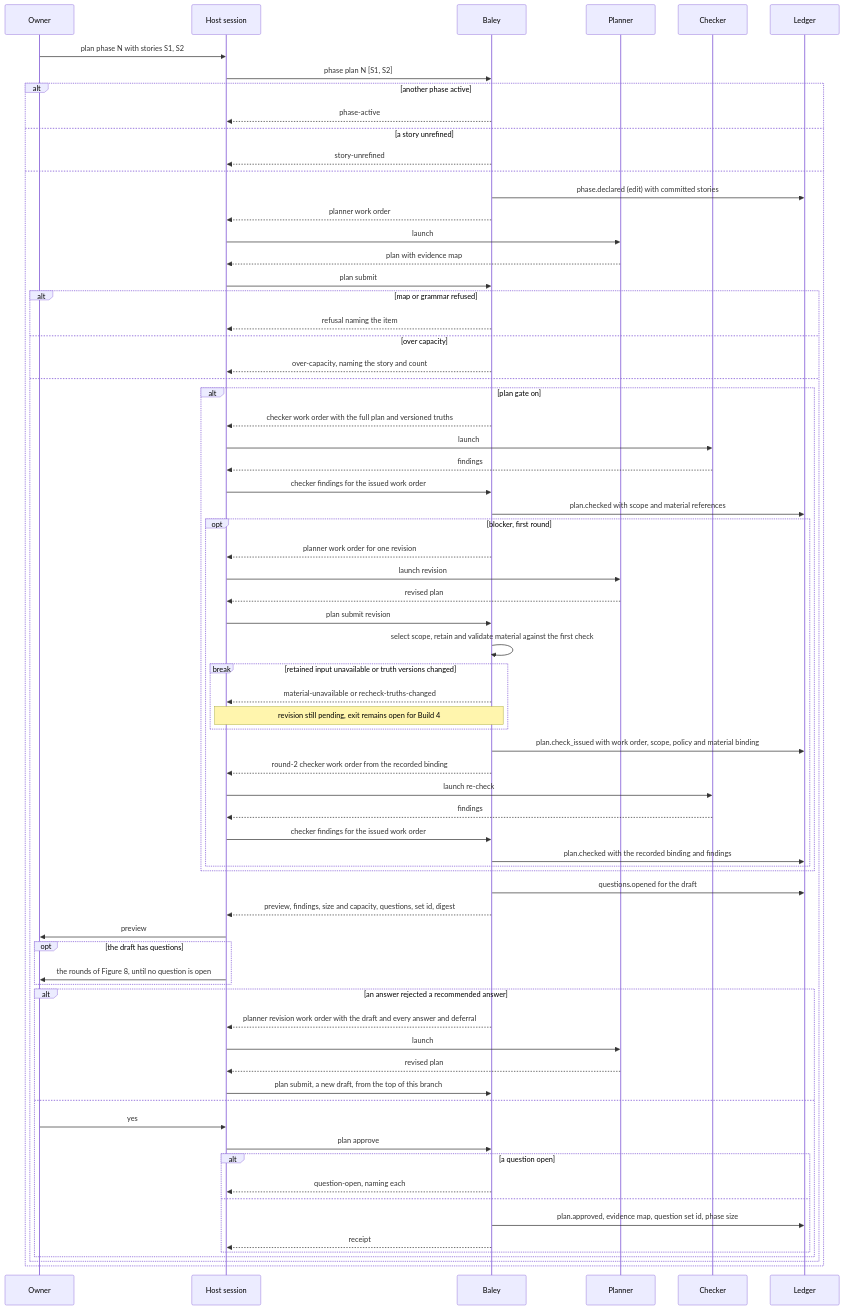
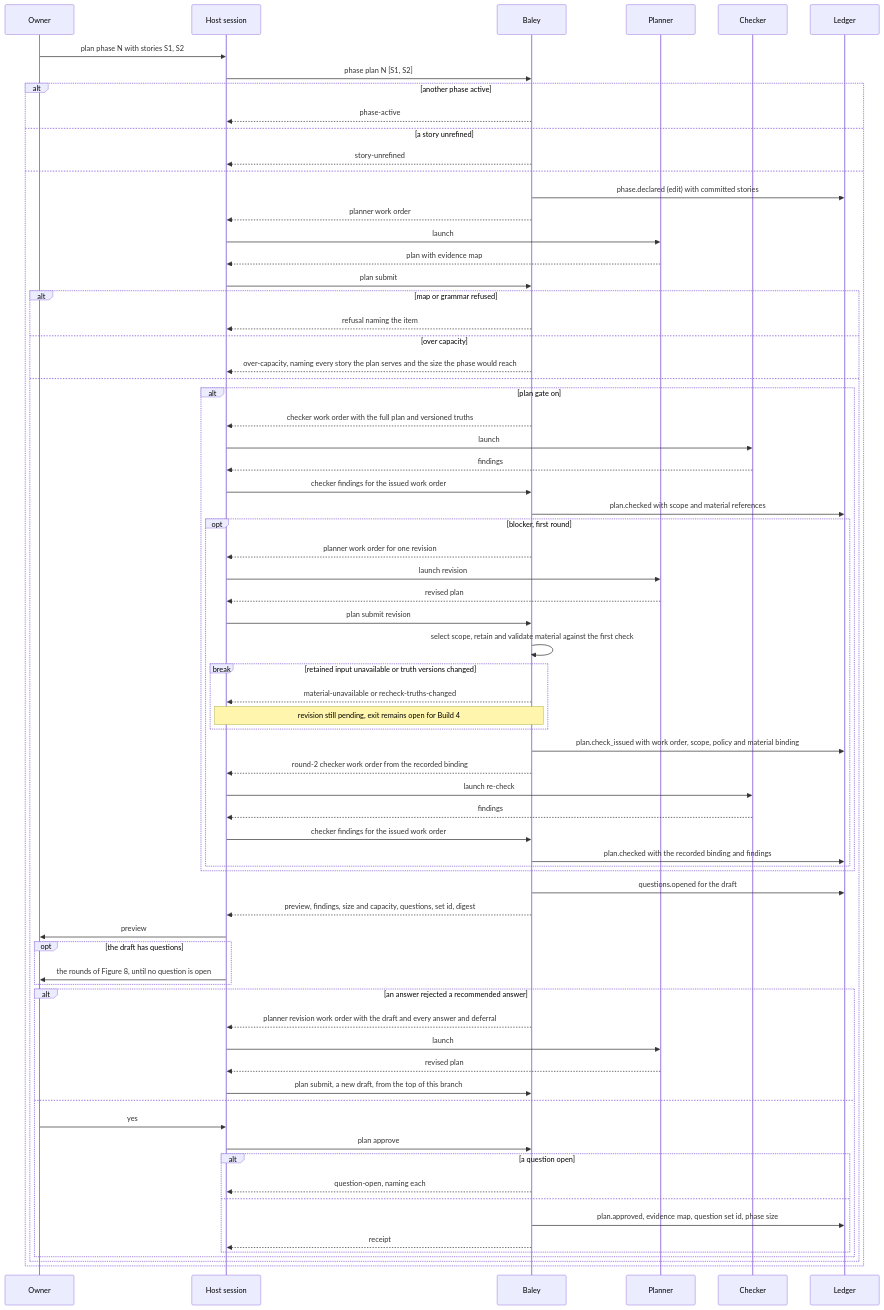
Before and after one commit to jcrenshaw-dev/baley: the sixth of 8 diagrams in docs/design/0005-context-plans-and-acceptance.md, drawn with Mermaid. The commit also changed other lines of this file, not shown here.

First line of the commit message:
docs(8-4): describe the plan and evidence item records as judged

````diff
--- a/docs/design/0005-context-plans-and-acceptance.md
+++ b/docs/design/0005-context-plans-and-acceptance.md
@@ -479,73 +482,73 @@
 ```mermaid
 sequenceDiagram
   participant O as Owner
   participant H as Host session
   participant B as Baley
   participant P as Planner
   participant C as Checker
   participant L as Ledger
   O->>H: plan phase N with stories S1, S2
   H->>B: phase plan N [S1, S2]
   alt another phase active
     B-->>H: phase-active
   else a story unrefined
     B-->>H: story-unrefined
   else
     B->>L: phase.declared (edit) with committed stories
     B-->>H: planner work order
     H->>P: launch
     P-->>H: plan with evidence map
     H->>B: plan submit
     alt map or grammar refused
       B-->>H: refusal naming the item
     else over capacity
-      B-->>H: over-capacity, naming the story and count
+      B-->>H: over-capacity, naming every story the plan serves and the size the phase would reach
     else
       alt plan gate on
         B-->>H: checker work order with the full plan and versioned truths
         H->>C: launch
         C-->>H: findings
         H->>B: checker findings for the issued work order
         B->>L: plan.checked with scope and material references
         opt blocker, first round
           B-->>H: planner work order for one revision
           H->>P: launch revision
           P-->>H: revised plan
           H->>B: plan submit revision
           B->>B: select scope, retain and validate material against the first check
           break retained input unavailable or truth versions changed
             B-->>H: material-unavailable or recheck-truths-changed
             Note over H,B: revision still pending, exit remains open for Build 4
           end
           B->>L: plan.check_issued with work order, scope, policy and material binding
           B-->>H: round-2 checker work order from the recorded binding
           H->>C: launch re-check
           C-->>H: findings
           H->>B: checker findings for the issued work order
           B->>L: plan.checked with the recorded binding and findings
         end
       end
       B->>L: questions.opened for the draft
       B-->>H: preview, findings, size and capacity, questions, set id, digest
       H->>O: preview
       opt the draft has questions
         H->>O: the rounds of Figure 8, until no question is open
       end
       alt an answer rejected a recommended answer
         B-->>H: planner revision work order with the draft and every answer and deferral
         H->>P: launch
         P-->>H: revised plan
         H->>B: plan submit, a new draft, from the top of this branch
       else
         O->>H: yes
         H->>B: plan approve
         alt a question open
           B-->>H: question-open, naming each
         else
           B->>L: plan.approved, evidence map, question set id, phase size
           B-->>H: receipt
         end
       end
     end
   end
 ```
````
